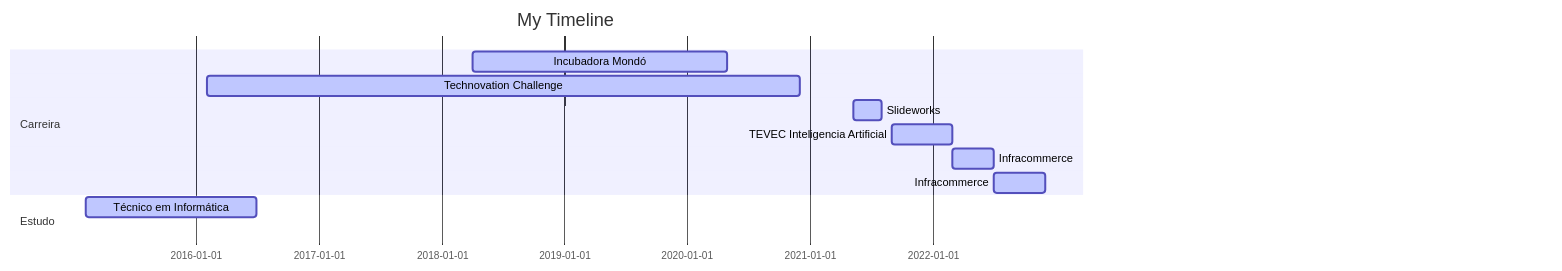
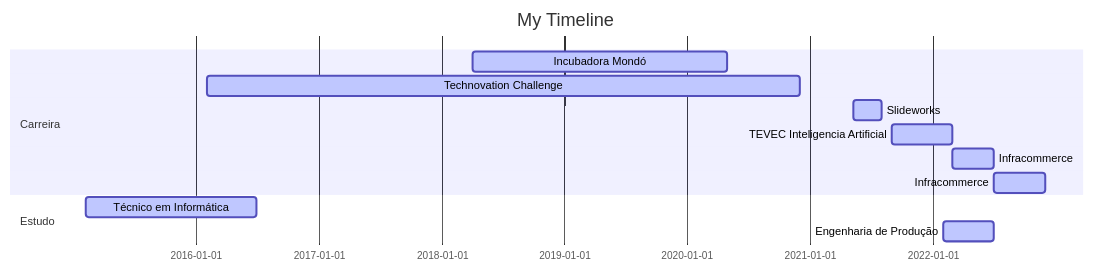
Before and after one commit to MariiMartins/mariimartins: the diagram in README.md, drawn with Mermaid.

Commit message:
Atualização README

````diff
--- a/README.md
+++ b/README.md
@@ -62,19 +62,19 @@
 ``` mermaid
 
 gantt
 dateFormat  YYYY-MM-DD
 title My Timeline
 
 section Carreira
 Incubadora Mondó        :active,, 2018-04-02,2020-04-30
 Technovation Challenge        :active,, 2016-02-02,2020-11-30
 Slideworks        :active,, 2021-05-10,2021-07-31
 TEVEC Inteligencia Artificial       :active,, 2021-09-01,2022-02-28
 Infracommerce           :active,, 2022-03-01,2022-07-01
 Infracommerce          :active,, 2022-07-01,2022-12-01
 
 
 section Estudo
 Técnico em Informática    :active,, 2015-02-07,2016-06-30
-Engenharia de Produção  :active,, 2027-02-01,2022-06-30
+Engenharia de Produção  :active,, 2022-02-01,2022-06-30
 ```
````
